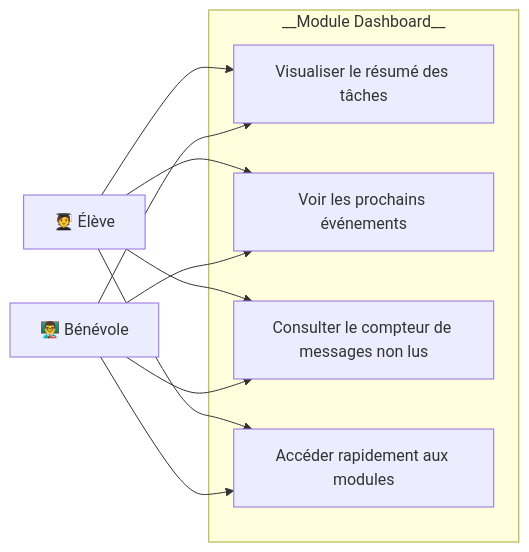
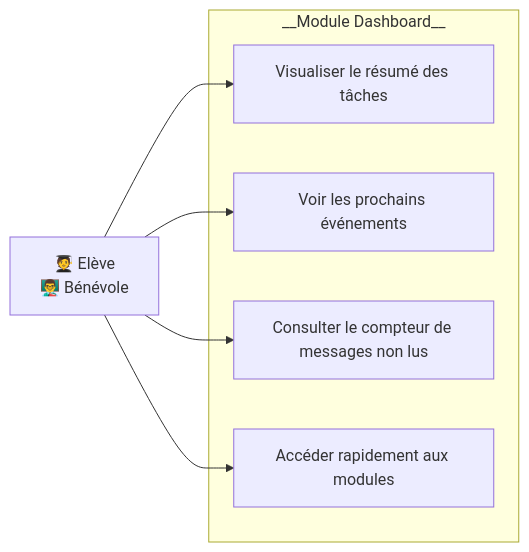
The fifth of 5 diagrams in cas_usage.md (nutbreaker/projet_5), drawn with Mermaid before and after one commit. The commit also changed other lines of this file, not shown here.

````diff
--- a/cas_usage.md
+++ b/cas_usage.md
@@ -152,22 +146,20 @@
 ```mermaid
 graph LR
-    E["🧑‍🎓 Élève"]
-    B["👨‍🏫 Bénévole"]
+    U["
+        🧑‍🎓 Elève
+        👨‍🏫 Bénévole
+    "]
     
     subgraph sb ["__Module Dashboard__"]
         UC17["Visualiser le résumé des tâches"]
         UC18["Voir les prochains événements"]
         UC19["Consulter le compteur de messages non lus"]
         UC20["Accéder rapidement aux modules"]
     end
     
-    E --> UC17
-    E --> UC18
-    E --> UC19
-    E --> UC20
+    U --> UC17
+    U --> UC18
+    U --> UC19
+    U --> UC20
     
-    B --> UC17
-    B --> UC18
-    B --> UC19
-    B --> UC20
 ```
````
